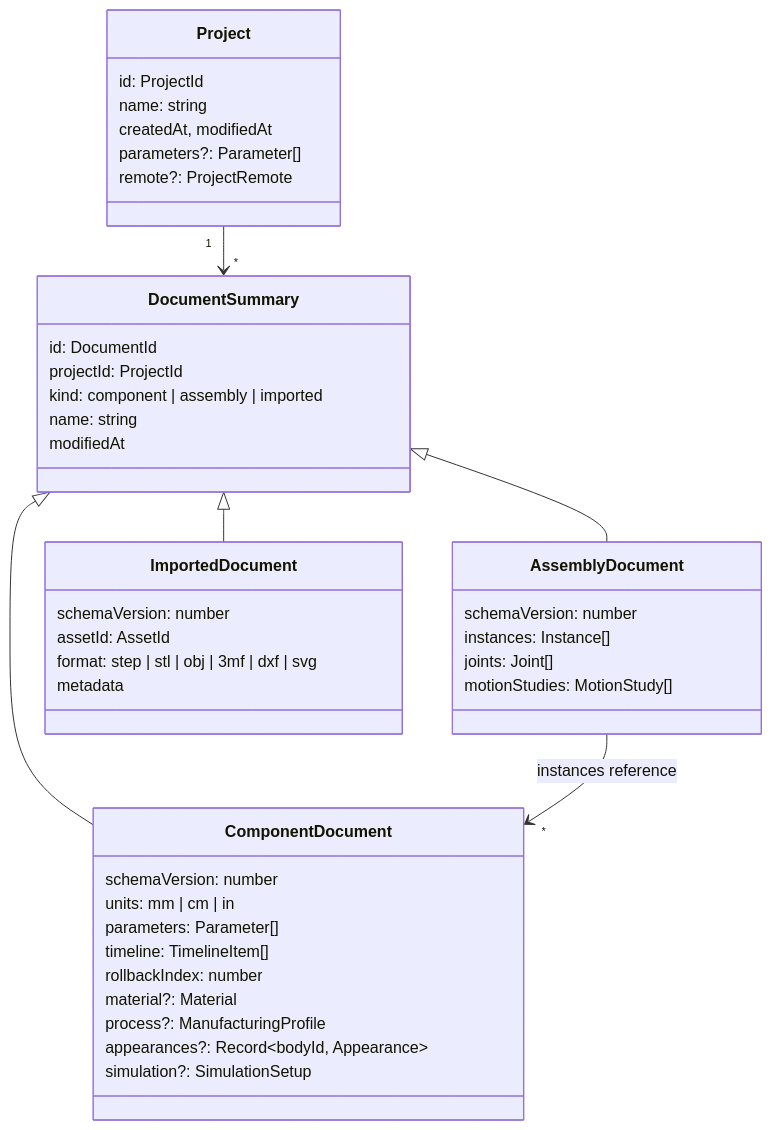
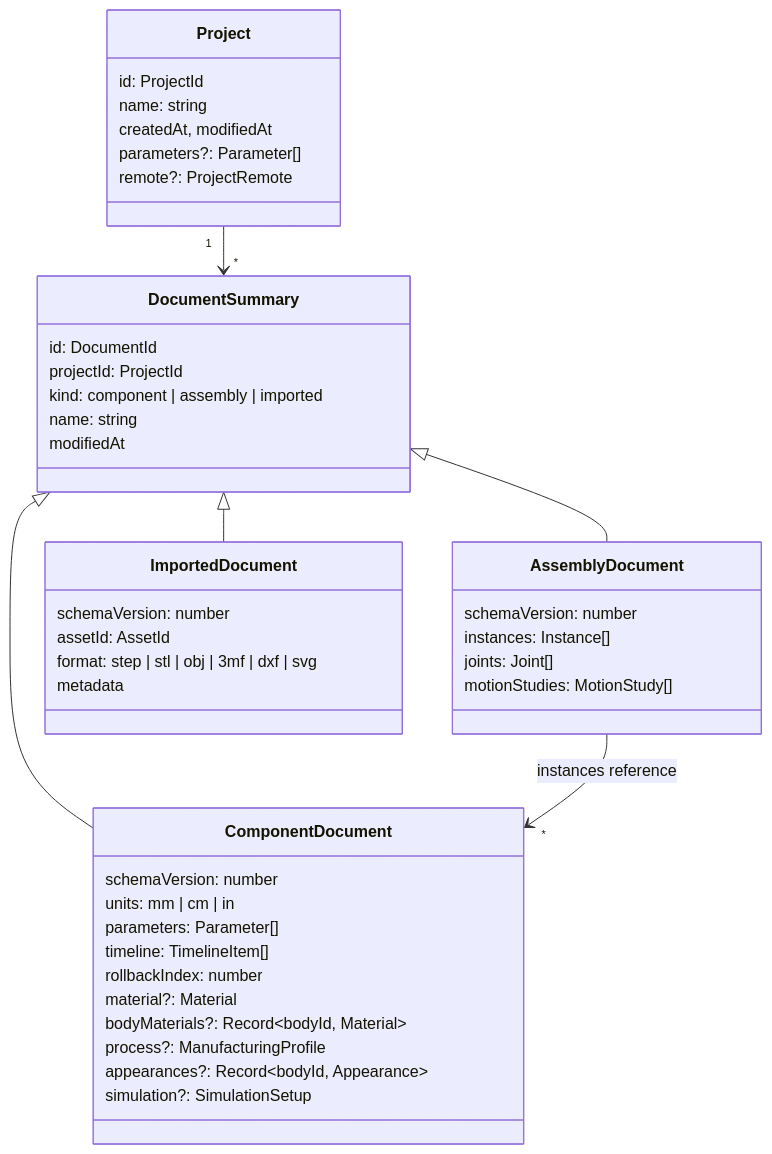
One commit to h3ll5ur7er/CADence changed the diagram in docs/Architecture/Document-model.md. Above: the diagram before and after it, drawn with Mermaid. The commit also changed other lines of this file and 29 other files, not shown here.

Commit message:
CAD-158: A material per body for mass, the strength check, bills of materials and exports; schema 4; ADR-55 and the wiki for phase 36

````diff
--- a/docs/Architecture/Document-model.md
+++ b/docs/Architecture/Document-model.md
@@ -9,45 +9,46 @@
 ```mermaid
 classDiagram
   class Project {
     id: ProjectId
     name: string
     createdAt, modifiedAt
     parameters?: Parameter[]
     remote?: ProjectRemote
   }
   class DocumentSummary {
     id: DocumentId
     projectId: ProjectId
     kind: component | assembly | imported
     name: string
     modifiedAt
   }
   class ComponentDocument {
     schemaVersion: number
     units: mm | cm | in
     parameters: Parameter[]
     timeline: TimelineItem[]
     rollbackIndex: number
     material?: Material
+    bodyMaterials?: Record~bodyId, Material~
     process?: ManufacturingProfile
     appearances?: Record~bodyId, Appearance~
     simulation?: SimulationSetup
   }
   class AssemblyDocument {
     schemaVersion: number
     instances: Instance[]
     joints: Joint[]
     motionStudies: MotionStudy[]
   }
   class ImportedDocument {
     schemaVersion: number
     assetId: AssetId
     format: step | stl | obj | 3mf | dxf | svg
     metadata
   }
   Project "1" --> "*" DocumentSummary
   DocumentSummary <|-- ComponentDocument
   DocumentSummary <|-- AssemblyDocument
   DocumentSummary <|-- ImportedDocument
   AssemblyDocument --> "*" ComponentDocument : instances reference
 ```
````
